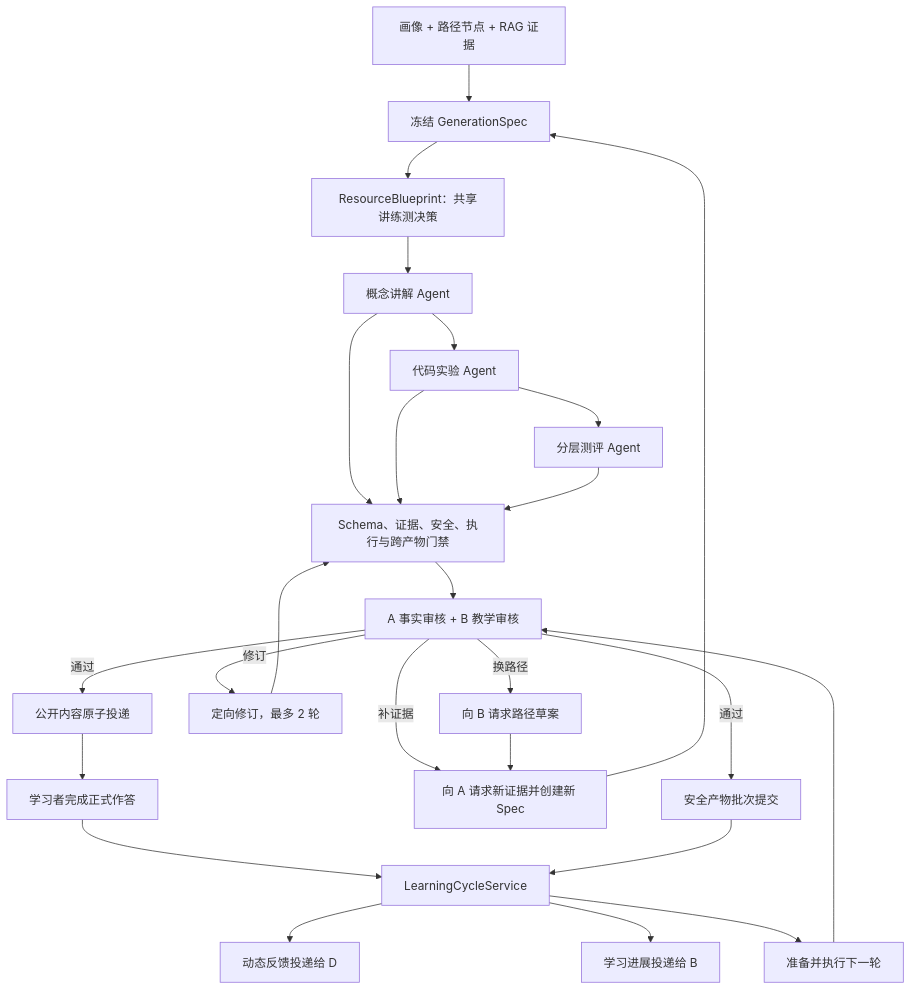
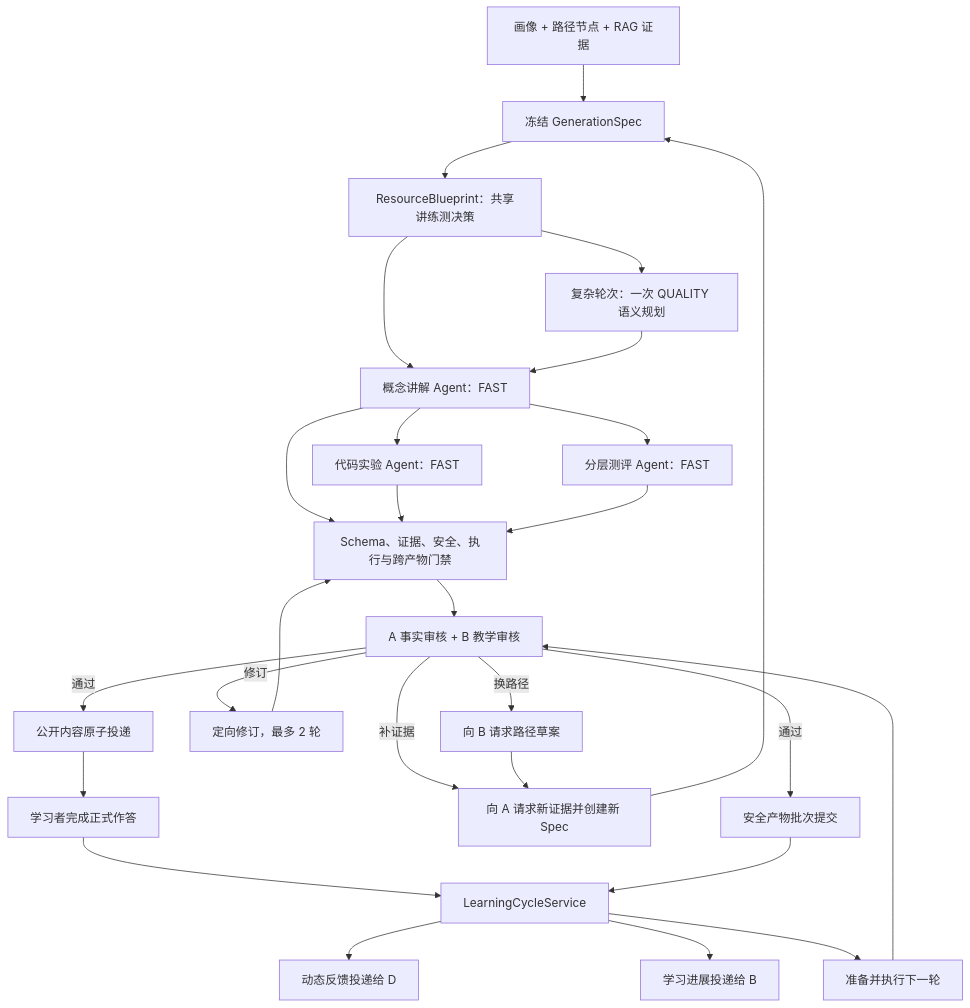
The diagram in docs/role_c_design.md (ZilaiWang/jiebang), drawn with Mermaid before and after one commit. The commit also changed other lines of this file and 50 other files, not shown here.

````diff
--- a/docs/role_c_design.md
+++ b/docs/role_c_design.md
@@ -45,27 +45,29 @@
 ```mermaid
 flowchart TD
     I["画像 + 路径节点 + RAG 证据"] --> S["冻结 GenerationSpec"]
     S --> BP["ResourceBlueprint：共享讲练测决策"]
-    BP --> C1["概念讲解 Agent"]
-    C1 --> C2["代码实验 Agent"]
-    C2 --> C3["分层测评 Agent"]
+    BP --> SP["复杂轮次：一次 QUALITY 语义规划"]
+    BP --> C1["概念讲解 Agent：FAST"]
+    SP --> C1
+    C1 --> C2["代码实验 Agent：FAST"]
+    C1 --> C3["分层测评 Agent：FAST"]
     C1 --> V["Schema、证据、安全、执行与跨产物门禁"]
     C2 --> V
     C3 --> V
     V --> AB["A 事实审核 + B 教学审核"]
     AB -->|通过| SEC["安全产物批次提交"]
     AB -->|通过| PUB["公开内容原子投递"]
     AB -->|修订| REV["定向修订，最多 2 轮"]
     AB -->|补证据| EA["向 A 请求新证据并创建新 Spec"]
     AB -->|换路径| PB2["向 B 请求路径草案"]
     PB2 --> EA
     EA --> S
     REV --> V
     PUB --> SUB["学习者完成正式作答"]
     SUB --> LC["LearningCycleService"]
     SEC --> LC
     LC --> FD["动态反馈投递给 D"]
     LC --> PB["学习进展投递给 B"]
     LC --> NX["准备并执行下一轮"]
     NX --> AB
 ```
````
